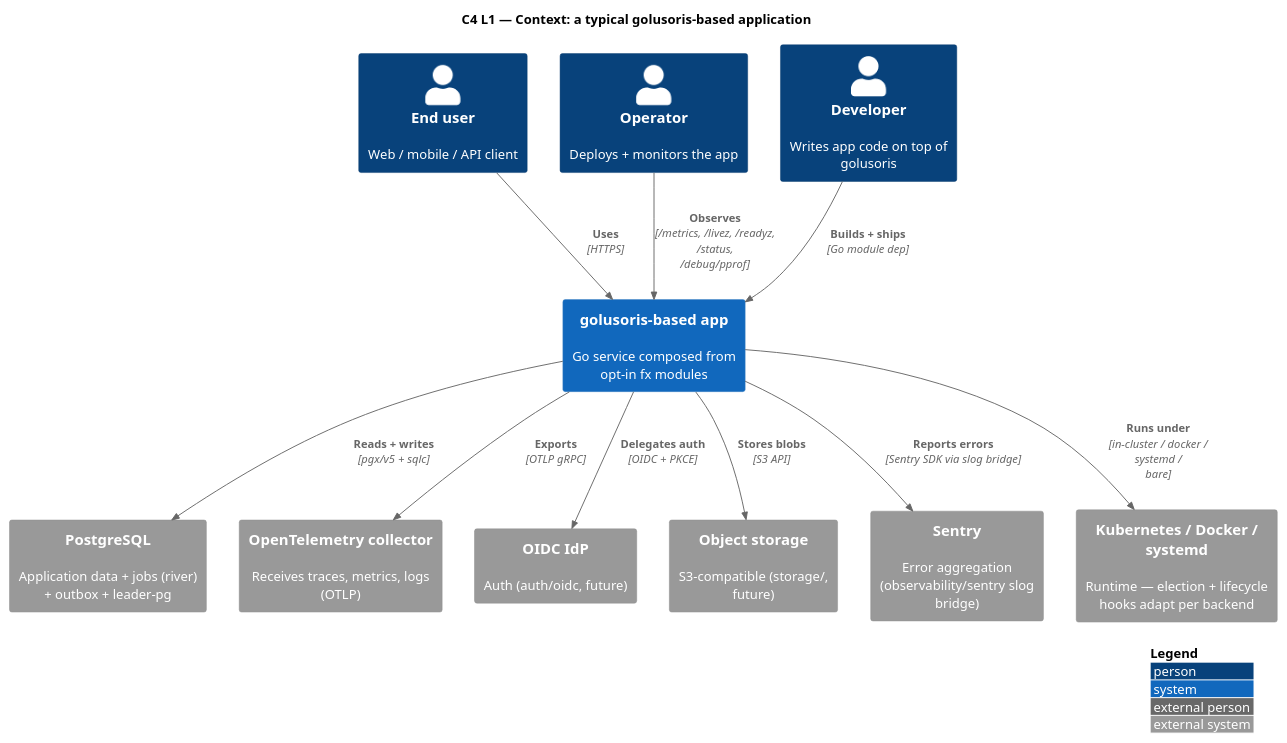
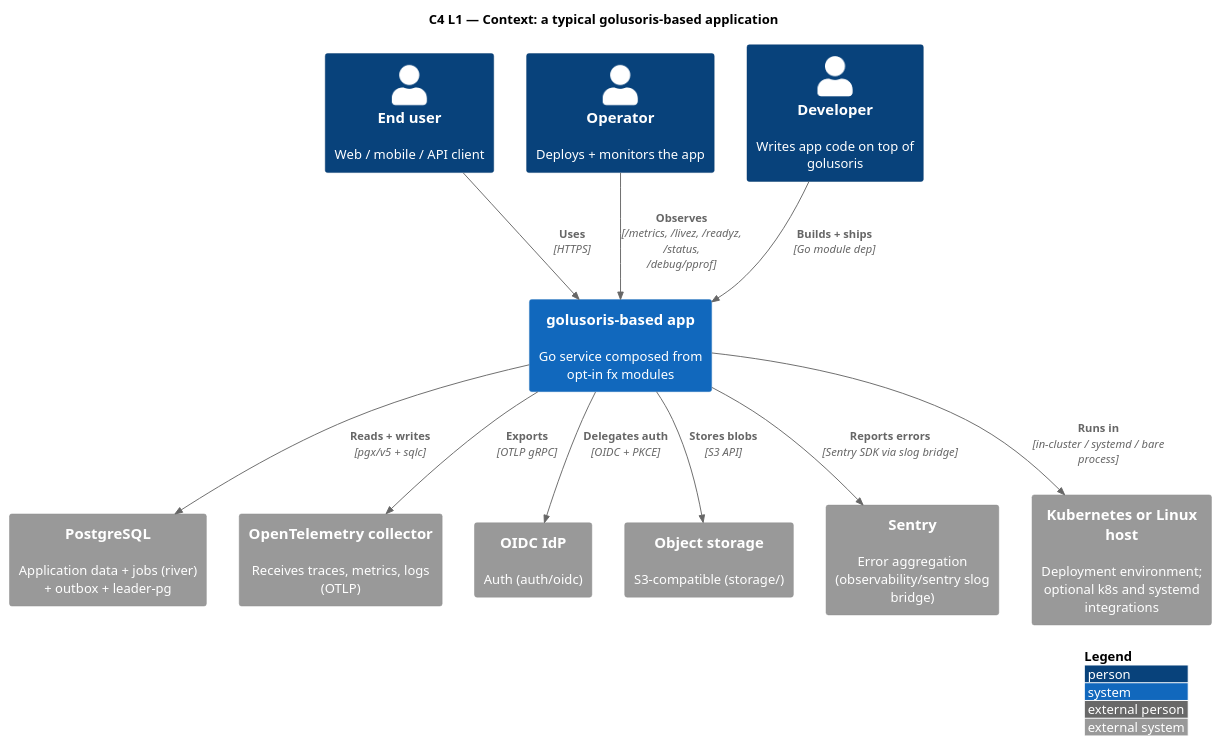
Before and after one commit to golusoris/golusoris: the diagram in docs/architecture/context.puml, drawn with PlantUML. The commit also changed 1172 other files, not shown here.

```diff
--- a/docs/architecture/context.puml
+++ b/docs/architecture/context.puml
@@ -1,32 +1,32 @@
 @startuml golusoris-context
 !include https://raw.githubusercontent.com/plantuml-stdlib/C4-PlantUML/master/C4_Context.puml
 
 LAYOUT_WITH_LEGEND()
 
 title C4 L1 — Context: a typical golusoris-based application
 
 Person(end_user, "End user", "Web / mobile / API client")
 Person(operator, "Operator", "Deploys + monitors the app")
 Person(developer, "Developer", "Writes app code on top of golusoris")
 
 System(app, "golusoris-based app", "Go service composed from opt-in fx modules")
 
 System_Ext(postgres, "PostgreSQL", "Application data + jobs (river) + outbox + leader-pg")
 System_Ext(otel_collector, "OpenTelemetry collector", "Receives traces, metrics, logs (OTLP)")
-System_Ext(idp, "OIDC IdP", "Auth (auth/oidc, future)")
-System_Ext(object_store, "Object storage", "S3-compatible (storage/, future)")
+System_Ext(idp, "OIDC IdP", "Auth (auth/oidc)")
+System_Ext(object_store, "Object storage", "S3-compatible (storage/)")
 System_Ext(sentry, "Sentry", "Error aggregation (observability/sentry slog bridge)")
-System_Ext(k8s, "Kubernetes / Docker / systemd", "Runtime — election + lifecycle hooks adapt per backend")
+System_Ext(runtime, "Kubernetes or Linux host", "Deployment environment; optional k8s and systemd integrations")
 
 Rel(end_user, app, "Uses", "HTTPS")
 Rel(operator, app, "Observes", "/metrics, /livez, /readyz, /status, /debug/pprof")
 Rel(developer, app, "Builds + ships", "Go module dep")
 
 Rel(app, postgres, "Reads + writes", "pgx/v5 + sqlc")
 Rel(app, otel_collector, "Exports", "OTLP gRPC")
 Rel(app, idp, "Delegates auth", "OIDC + PKCE")
 Rel(app, object_store, "Stores blobs", "S3 API")
 Rel(app, sentry, "Reports errors", "Sentry SDK via slog bridge")
-Rel(app, k8s, "Runs under", "in-cluster / docker / systemd / bare")
+Rel(app, runtime, "Runs in", "in-cluster / systemd / bare process")
 
 @enduml
```
